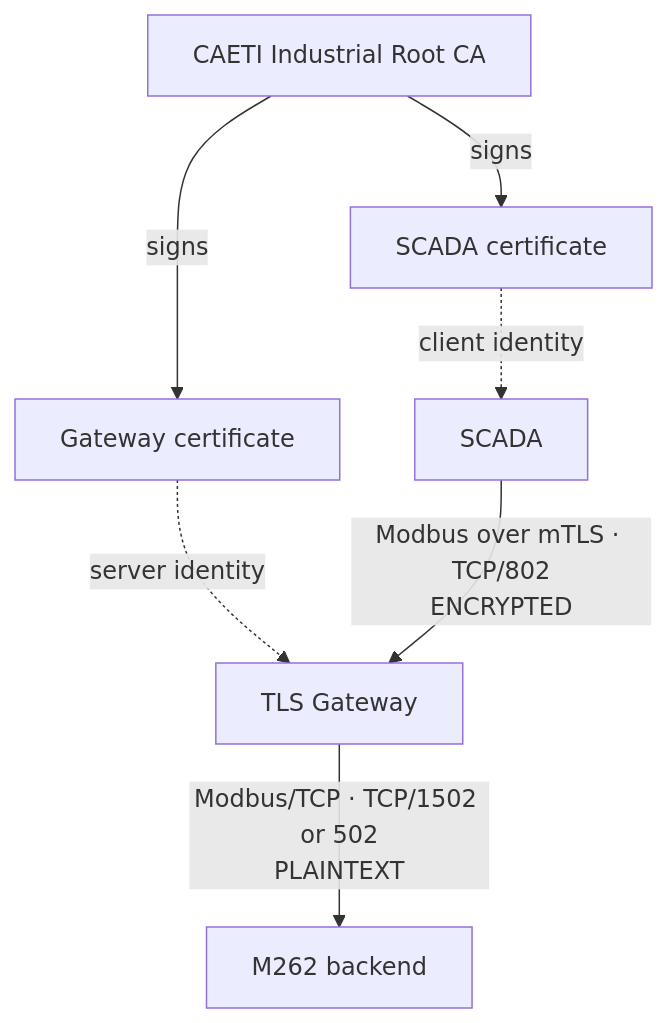
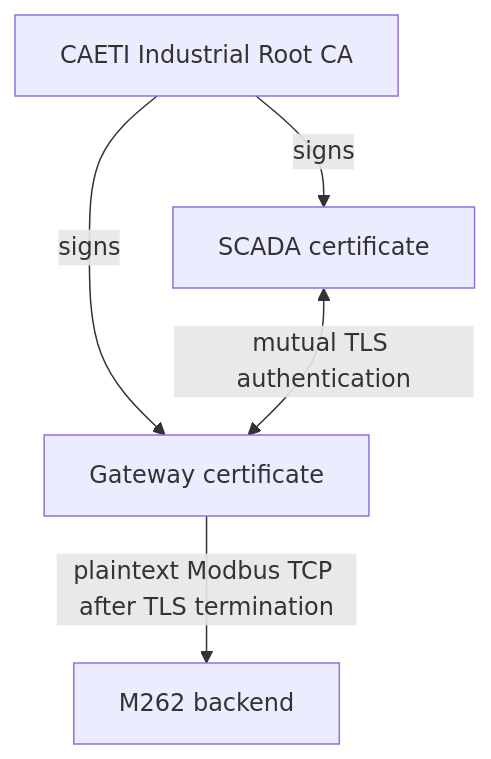
One commit to JFCrypT/industrialPKI changed the diagram in README.md. Above: the diagram before and after it, drawn with Mermaid. The commit also changed other lines of this file and 5 other files, not shown here.

````diff
--- a/README.md
+++ b/README.md
@@ -58,20 +97,7 @@
 ```mermaid
-flowchart TD
-    CA["CAETI Industrial Root CA"]
-
-    SC_CERT["SCADA certificate"]
-    GW_CERT["Gateway certificate"]
-
-    SCADA["SCADA"]
-    GW["TLS Gateway"]
-    M262["M262 backend"]
-
-    CA -->|"signs"| SC_CERT
-    CA -->|"signs"| GW_CERT
-
-    SC_CERT -.->|"client identity"| SCADA
-    GW_CERT -.->|"server identity"| GW
-
-    SCADA -->|"Modbus over mTLS · TCP/802<br/>ENCRYPTED"| GW
-    GW -->|"Modbus/TCP · TCP/1502 or 502<br/>PLAINTEXT"| M262
+graph TD
+    CA[CAETI Industrial Root CA] -->|signs| GW[Gateway certificate]
+    CA -->|signs| SC[SCADA certificate]
+    SC <-->|mutual TLS authentication| GW
+    GW -->|plaintext Modbus TCP after TLS termination| M262[M262 backend]
 ```
````
